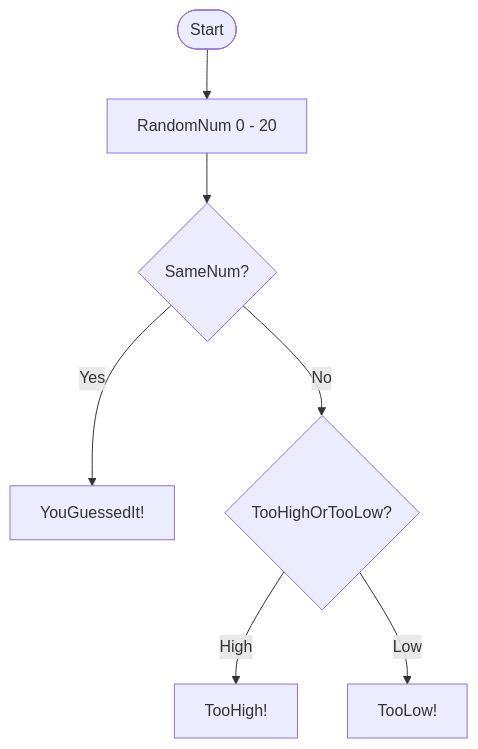
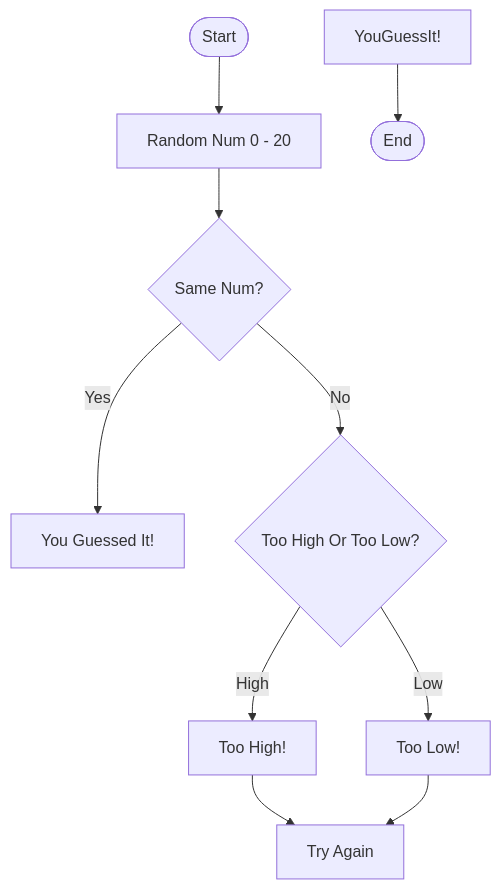
One commit to Fate127/Fate127.github.io changed the diagram in README.md. Above: the diagram before and after it, drawn with Mermaid.

````diff
--- a/README.md
+++ b/README.md
@@ -22,9 +22,12 @@
 ```mermaid
 flowchart TD
-Start([Start]) --> RandomNum[RandomNum 0 - 20]
-RandomNum --> SameNum?{SameNum?}
-SameNum? -- Yes --> YouGuessedIt![YouGuessedIt!]
-SameNum? -- No --> TooHighOrTooLow?{TooHighOrTooLow?}
-TooHighOrTooLow? -- High --> TooHigh![TooHigh!]
-TooHighOrTooLow? -- Low --> TooLow![TooLow!]
+Start([Start]) --> RandomNum[Random Num 0 - 20]
+RandomNum --> SameNum?{Same Num?}
+SameNum? -- Yes --> YouGuessedIt![You Guessed It!]
+SameNum? -- No --> TooHighOrTooLow?{Too High Or Too Low?}
+TooHighOrTooLow? -- High --> TooHigh![Too High!]
+TooHighOrTooLow? -- Low --> TooLow![Too Low!]
+TooHigh! --> TryAgain[Try Again]
+TooLow! --> TryAgain
+YouGuessIt! --> End([End])
 ```
````
